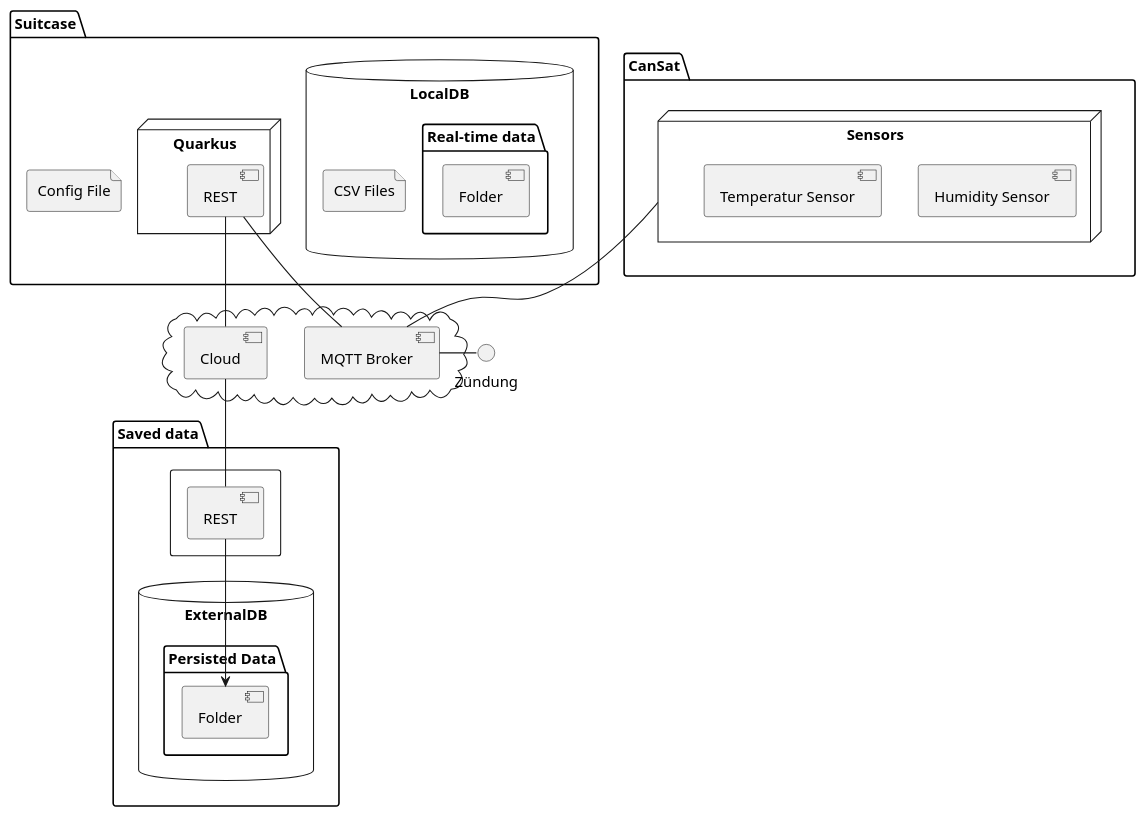
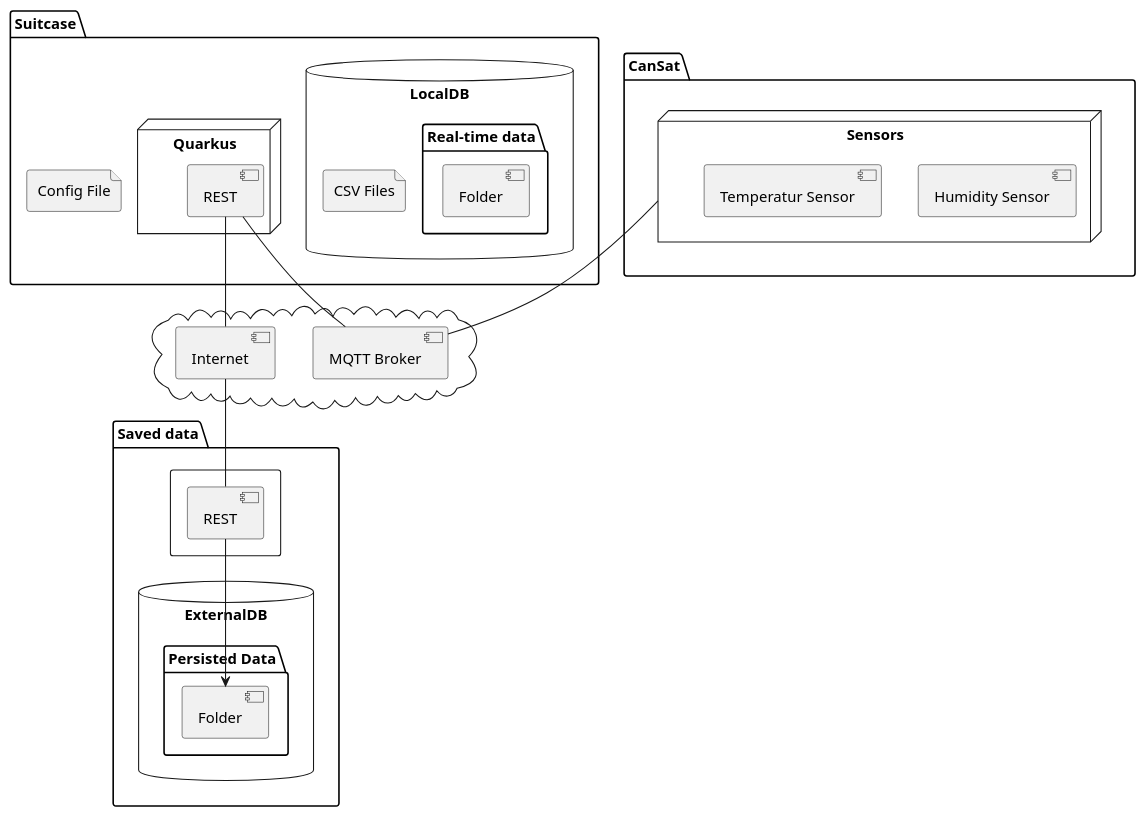
One commit to htl-leonding-project/rocketman changed the second of 2 diagrams in asciidocs/ahif/system-specification.adoc. Above: the diagram before and after it, drawn with PlantUML. The commit also changed other lines of this file, not shown here.

```diff
--- a/asciidocs/ahif/system-specification.adoc
+++ b/asciidocs/ahif/system-specification.adoc
@@ -60,46 +106,44 @@
 [plantuml, systemarchitecture, png]
 ----
 package Suitcase {
     database "LocalDB" {
       folder "Real-time data" {
         [Folder] as f2
       }
       file "CSV Files"
     }
     node "Quarkus" as q {
         [REST] as r1
     }
     file "Config File"
 }
 
 package CanSat {
 node "Sensors" as s {
         [Humidity Sensor]
         [Temperatur Sensor]
     }
 }
 
 package "Saved data" {
     database "ExternalDB" {
       folder "Persisted Data" {
         [Folder] as f1
       }
     }
     rectangle {
         [REST] as r2
     }
 }
 
 cloud {
-  [Cloud]
+  [Internet]
   [MQTT Broker]
 }
 
-[r1] -- [Cloud]
-[Cloud] -- [r2]
+[r1] -- [Internet]
+[Internet] -- [r2]
 s -- [MQTT Broker]
 r1 -left- [MQTT Broker]
 [r2] --> [f1]
-Zündung -right- [MQTT Broker]
-
 ----
```
